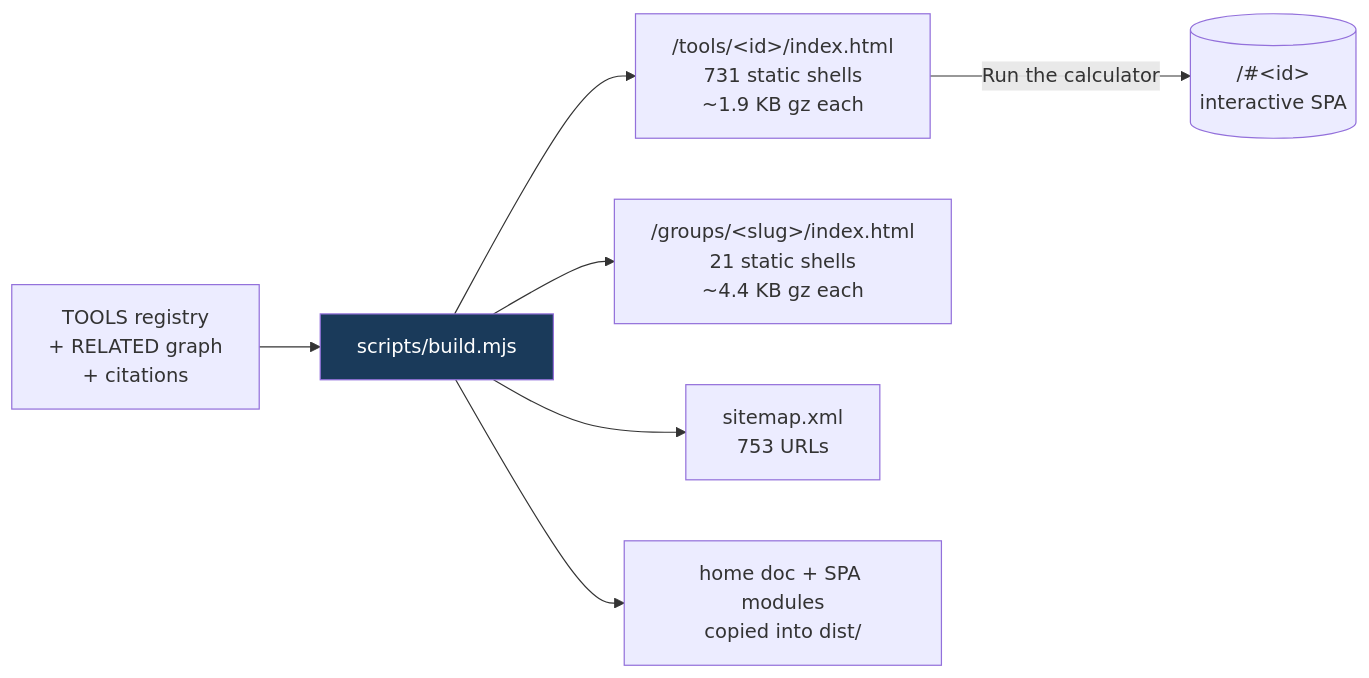
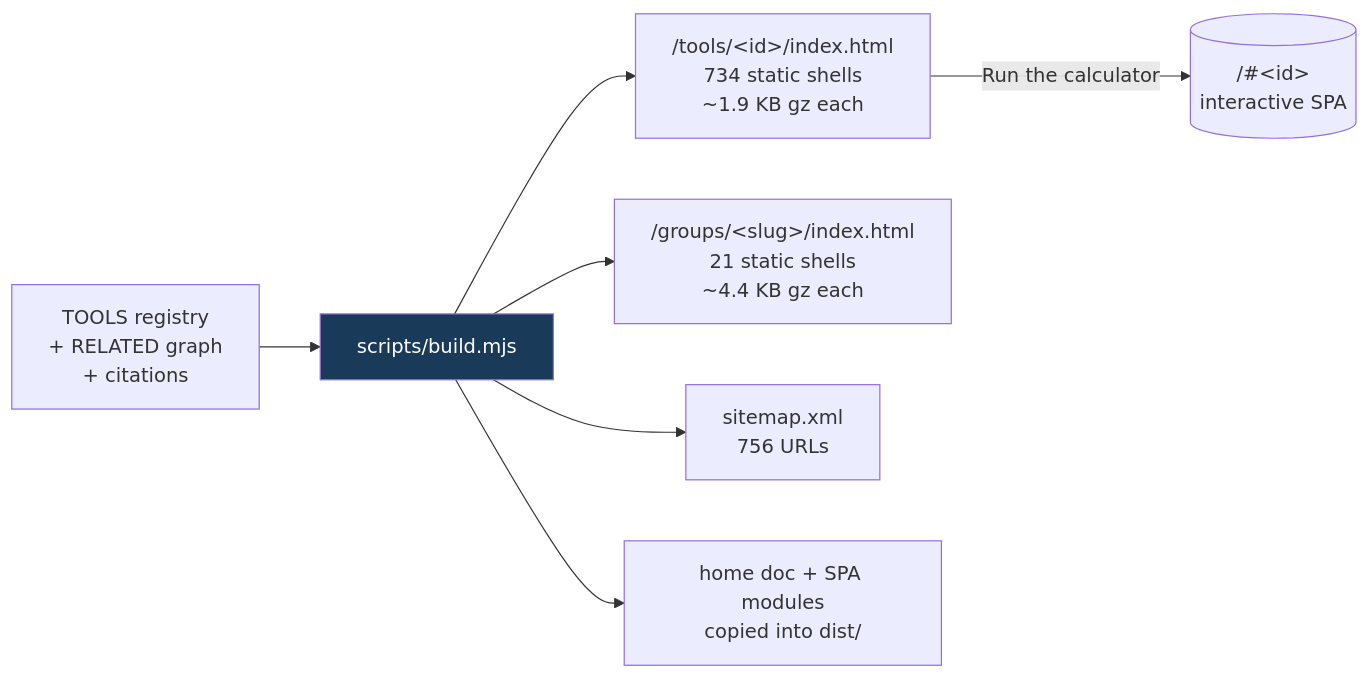
The fifth of 8 diagrams in README.md (clay-good/roughlogic.com), drawn with Mermaid before and after one commit. The commit also changed other lines of this file and 23 other files, not shown here.

````diff
--- a/README.md
+++ b/README.md
@@ -495,10 +495,10 @@
 ```mermaid
 flowchart LR
     SRC[TOOLS registry\n+ RELATED graph\n+ citations] --> BUILD[scripts/build.mjs]
-    BUILD --> TILE["/tools/&lt;id&gt;/index.html\n731 static shells\n~1.9 KB gz each"]
+    BUILD --> TILE["/tools/&lt;id&gt;/index.html\n734 static shells\n~1.9 KB gz each"]
     BUILD --> GROUP["/groups/&lt;slug&gt;/index.html\n21 static shells\n~4.4 KB gz each"]
-    BUILD --> MAP["sitemap.xml\n753 URLs"]
+    BUILD --> MAP["sitemap.xml\n756 URLs"]
     BUILD --> COPY[home doc + SPA modules\ncopied into dist/]
     TILE -->|Run the calculator| SPA[("/#&lt;id&gt;\ninteractive SPA")]
     style BUILD fill:#1a3a5a,color:#fff
 ```
````
